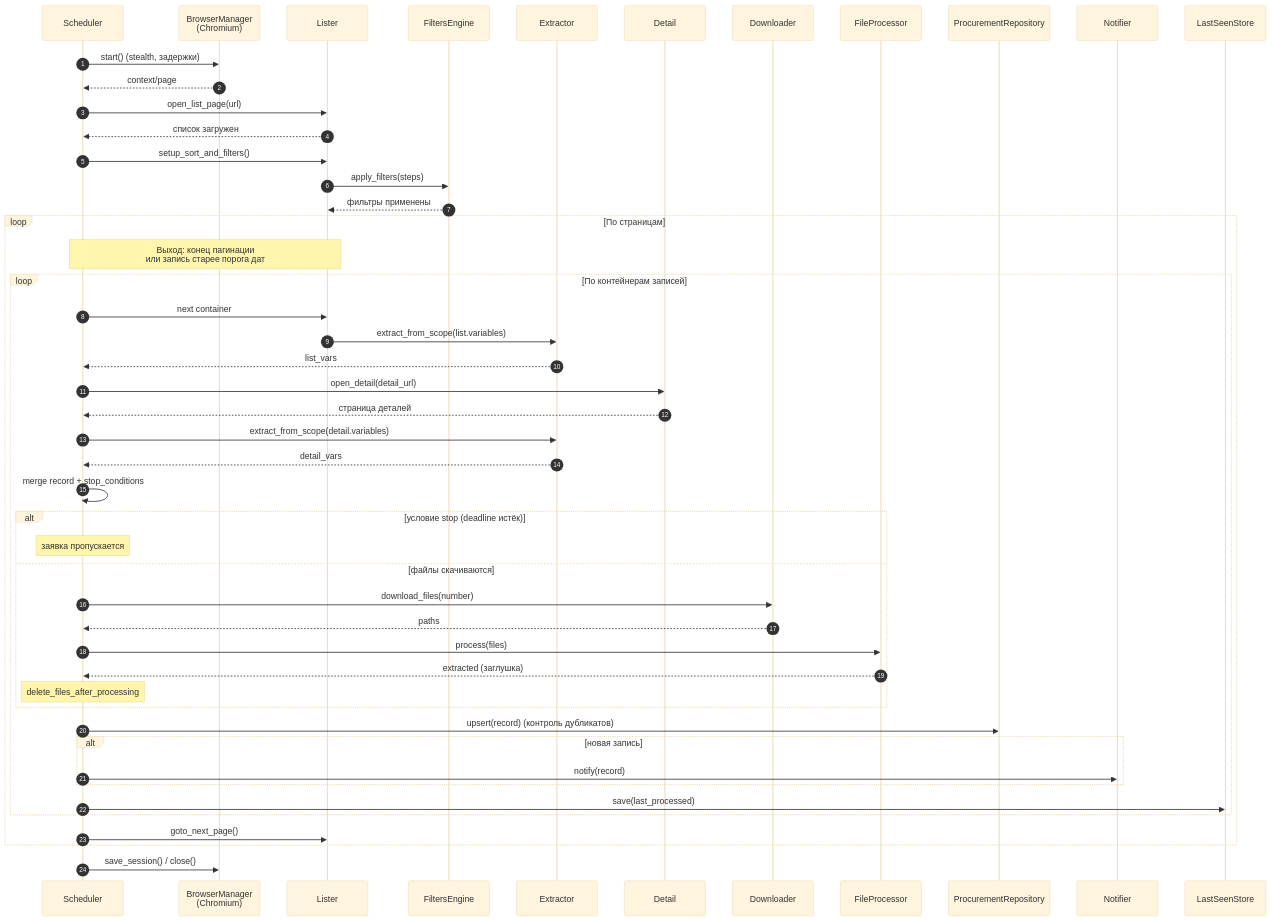
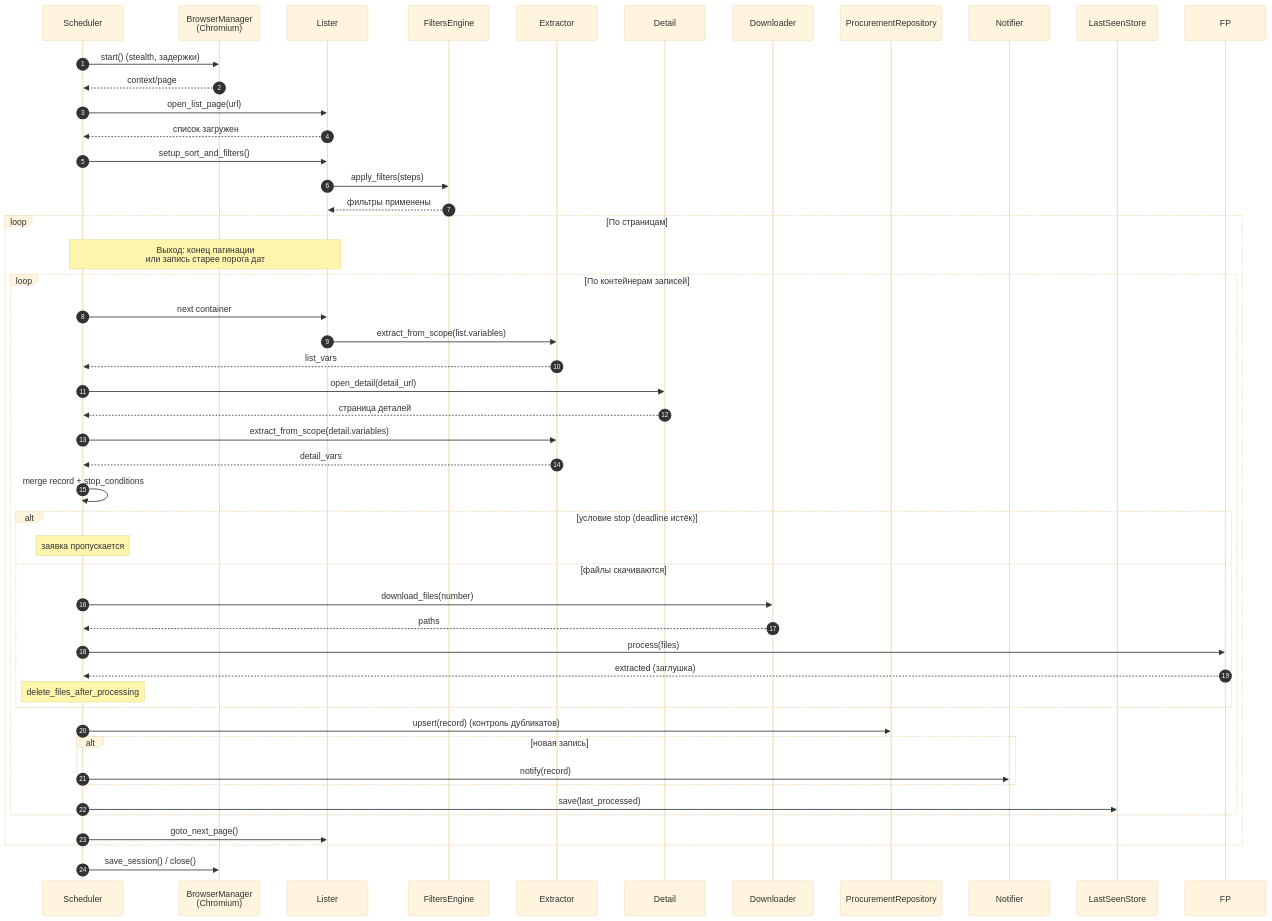
Before and after one commit to igorvolk1961/zakupki_parser: the diagram in docs/c4/sequence.md, drawn with Mermaid (base theme). The commit also changed 9 other files, not shown here.

````diff
--- a/docs/c4/sequence.md
+++ b/docs/c4/sequence.md
@@ -6,54 +6,53 @@
 ```mermaid
 sequenceDiagram
     autonumber
     participant S as Scheduler
     participant B as BrowserManager<br/>(Chromium)
     participant L as Lister
     participant F as FiltersEngine
     participant E as Extractor
     participant D as Detail
     participant DL as Downloader
-    participant FP as FileProcessor
     participant R as ProcurementRepository
     participant N as Notifier
     participant LS as LastSeenStore
 
     S->>B: start() (stealth, задержки)
     B-->>S: context/page
     S->>L: open_list_page(url)
     L-->>S: список загружен
     S->>L: setup_sort_and_filters()
     L->>F: apply_filters(steps)
     F-->>L: фильтры применены
 
     loop По страницам
         Note over S,L: Выход: конец пагинации<br/>или запись старее порога дат
         loop По контейнерам записей
             S->>L: next container
             L->>E: extract_from_scope(list.variables)
             E-->>S: list_vars
             S->>D: open_detail(detail_url)
             D-->>S: страница деталей
             S->>E: extract_from_scope(detail.variables)
             E-->>S: detail_vars
             S->>S: merge record + stop_conditions
             alt условие stop (deadline истёк)
                 Note over S: заявка пропускается
             else файлы скачиваются
                 S->>DL: download_files(number)
                 DL-->>S: paths
                 S->>FP: process(files)
                 FP-->>S: extracted (заглушка)
                 Note over S: delete_files_after_processing
             end
             S->>R: upsert(record) (контроль дубликатов)
             alt новая запись
                 S->>N: notify(record)
             end
             S->>LS: save(last_processed)
         end
         S->>L: goto_next_page()
     end
 
     S->>B: save_session() / close()
 ```
````
